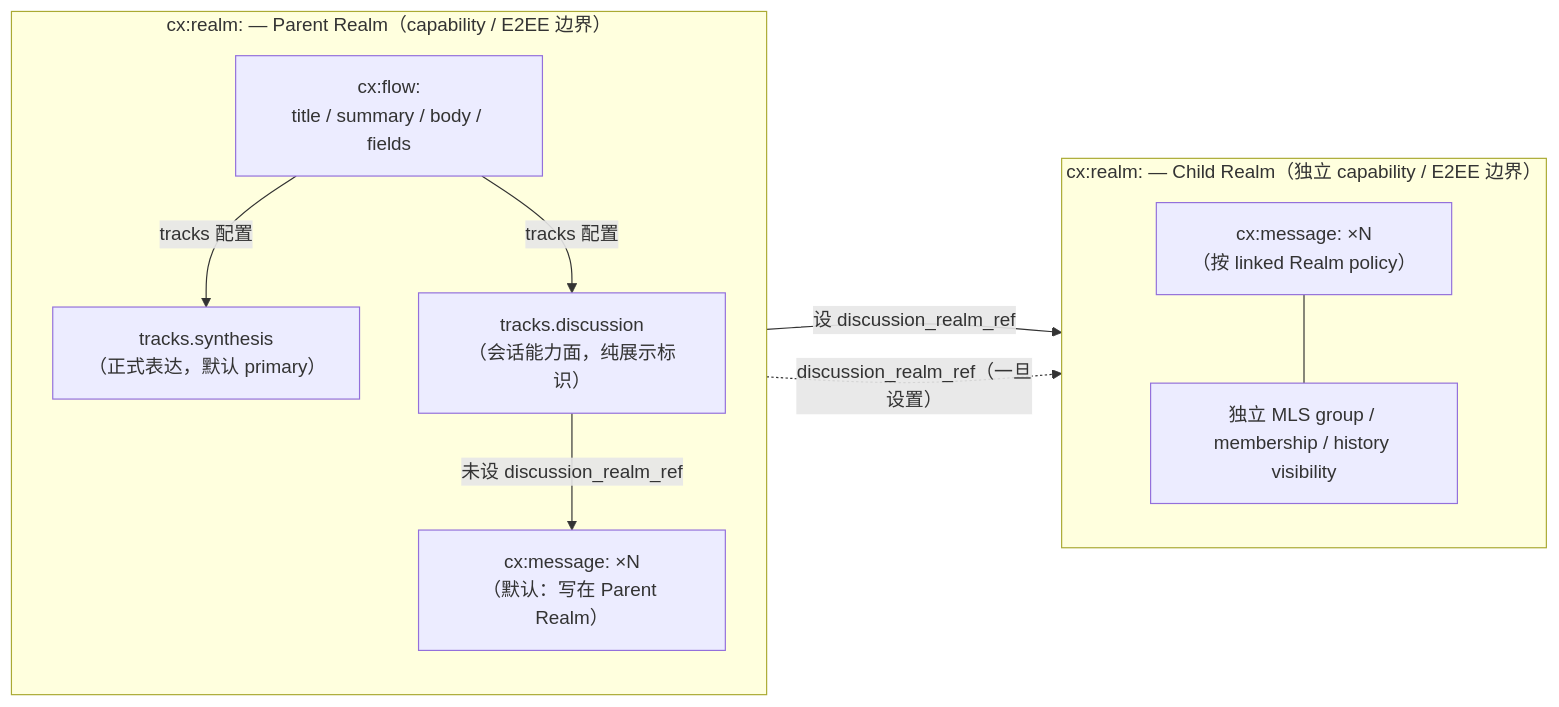
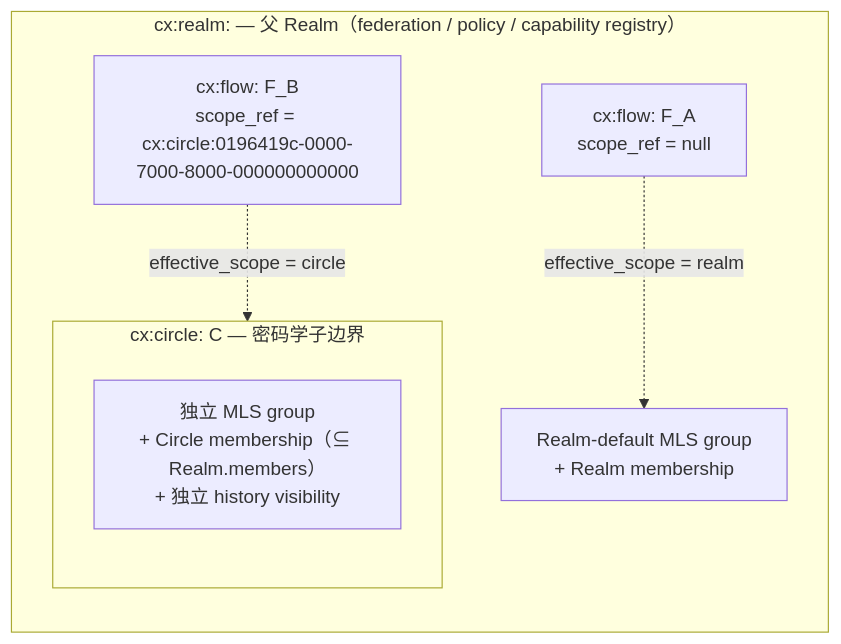
One commit to arkret-org/arkret-spec changed the diagram in spec/v1/zh/models/flow-and-message.md. Above: the diagram before and after it, drawn with Mermaid. The commit also changed other lines of this file and 45 other files, not shown here.

````diff
--- a/spec/v1/zh/models/flow-and-message.md
+++ b/spec/v1/zh/models/flow-and-message.md
@@ -317,24 +306,16 @@
 ```mermaid
 flowchart LR
-    subgraph Parent ["cx:realm: — Parent Realm（capability / E2EE 边界）"]
+    subgraph Realm ["cx:realm: — 父 Realm（federation / policy / capability registry）"]
         direction TB
-        Flow["cx:flow:<br/>title / summary / body / fields"]
-        Syn["tracks.synthesis<br/>（正式表达，默认 primary）"]
-        Dis["tracks.discussion<br/>（会话能力面，纯展示标识）"]
-        ParentMsgs["cx:message: ×N<br/>（默认：写在 Parent Realm）"]
+        FlowA["cx:flow: F_A<br/>scope_ref = null"]
+        FlowB["cx:flow: F_B<br/>scope_ref = cx:circle:0196419c-0000-7000-8000-000000000000"]
+        RealmMLS["Realm-default MLS group<br/>+ Realm membership"]
+        subgraph Circle ["cx:circle: C — 密码学子边界"]
+            direction TB
+            CircleMLS["独立 MLS group<br/>+ Circle membership（⊆ Realm.members）<br/>+ 独立 history visibility"]
+        end
 
-        Flow -- "tracks 配置" --> Syn
-        Flow -- "tracks 配置" --> Dis
-        Dis -- "未设 discussion_realm_ref" --> ParentMsgs
+        FlowA -. "effective_scope = realm" .-> RealmMLS
+        FlowB -. "effective_scope = circle" .-> CircleMLS
     end
-
-    subgraph Child ["cx:realm: — Child Realm（独立 capability / E2EE 边界）"]
-        direction TB
-        ChildMsgs["cx:message: ×N<br/>（按 linked Realm policy）"]
-        ChildMLS["独立 MLS group / membership / history visibility"]
-        ChildMsgs --- ChildMLS
-    end
-
-    Flow -. "discussion_realm_ref（一旦设置）" .-> Child
-    Dis -- "设 discussion_realm_ref" --> ChildMsgs
 ```
````
